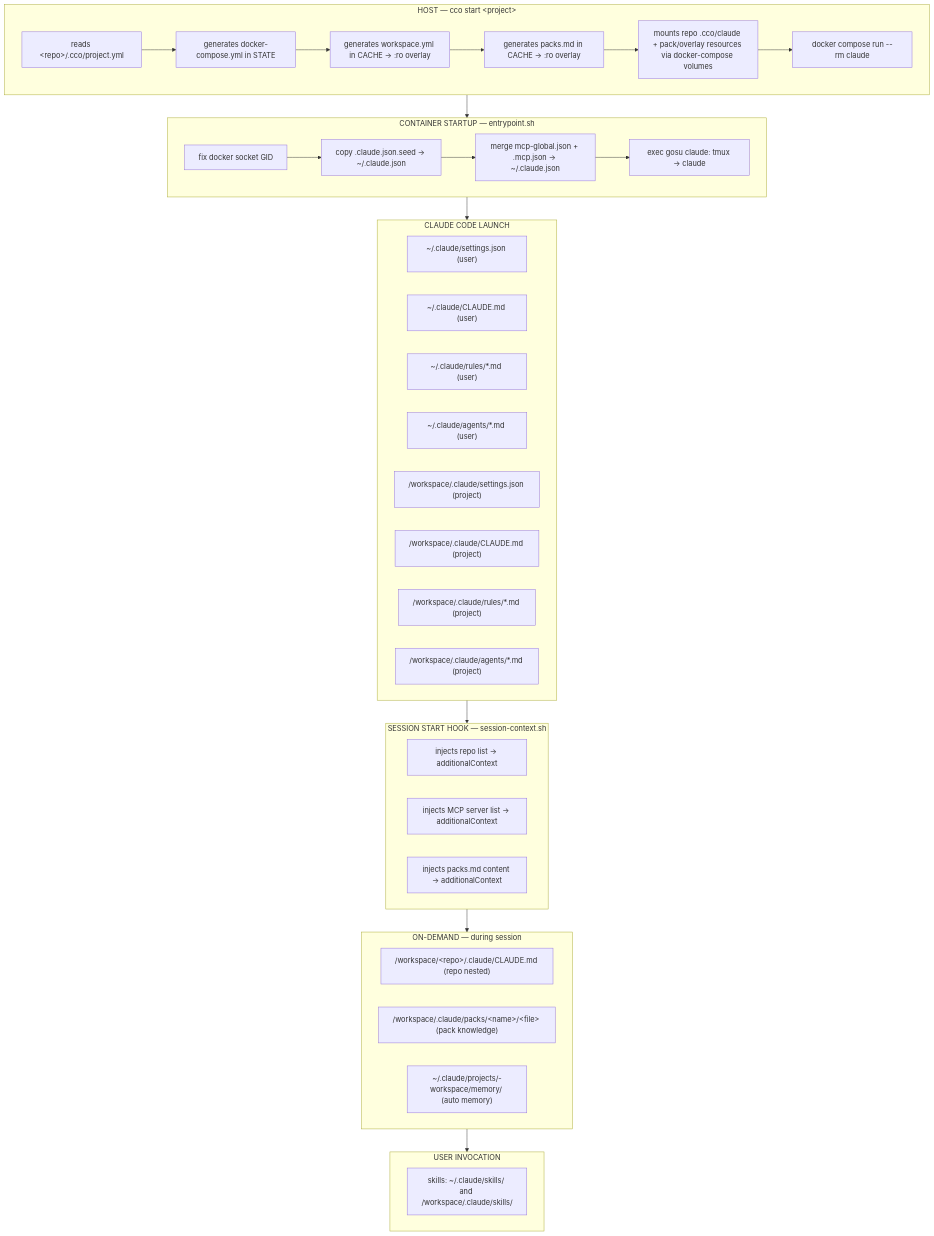
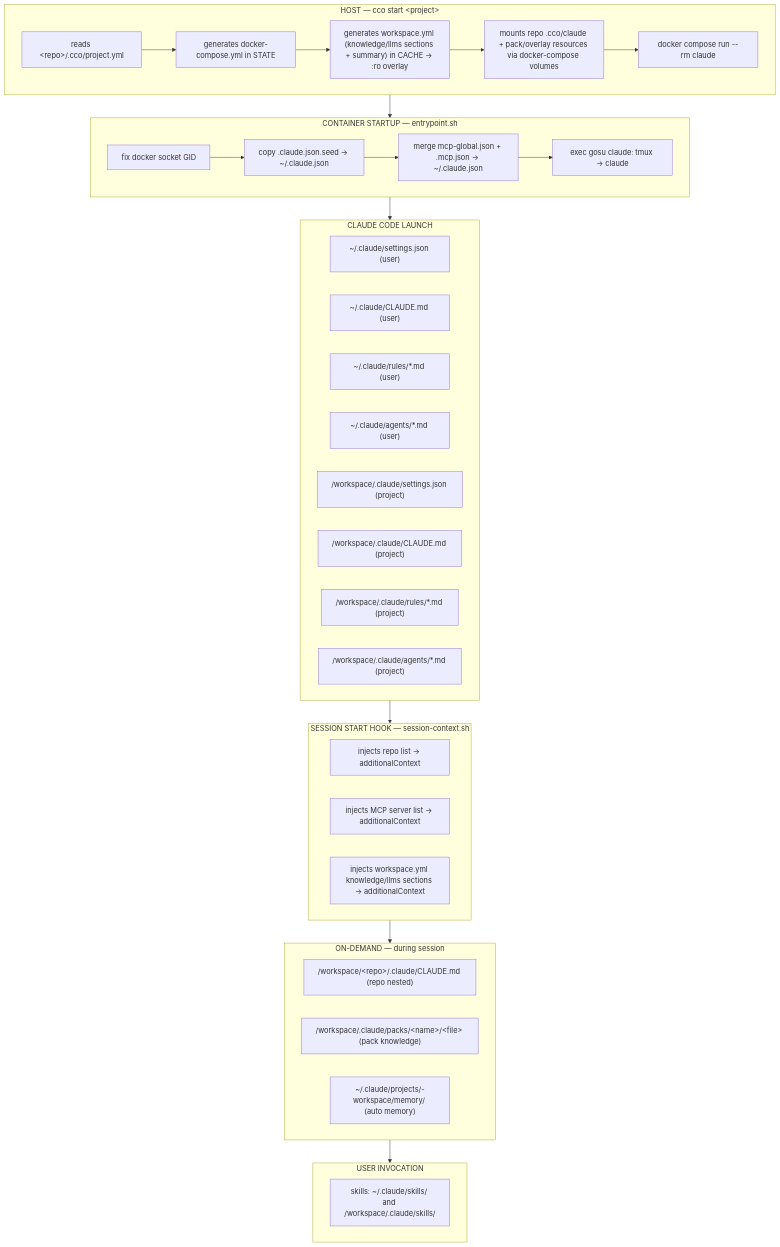
The diagram in docs/users/foundation/reference/context-hierarchy.md (alergyonthestage/claude-orchestrator), drawn with Mermaid before and after one commit. The commit also changed other lines of this file and 18 other files, not shown here.

First line of the commit message:
docs: repoint packs.md → unified workspace.yml surface (ADR-0041 R1)

````diff
--- a/docs/users/foundation/reference/context-hierarchy.md
+++ b/docs/users/foundation/reference/context-hierarchy.md
@@ -740,49 +740,48 @@
 ```mermaid
 graph TD
     subgraph HOST ["HOST — cco start &lt;project&gt;"]
         H1["reads &lt;repo&gt;/.cco/project.yml"]
         H2["generates docker-compose.yml in STATE"]
-        H3["generates workspace.yml in CACHE → :ro overlay"]
-        H4["generates packs.md in CACHE → :ro overlay"]
+        H3["generates workspace.yml (knowledge/llms sections + summary) in CACHE → :ro overlay"]
         H5[mounts repo .cco/claude + pack/overlay resources via docker-compose volumes]
         H6[docker compose run --rm claude]
-        H1 --> H2 --> H3 --> H4 --> H5 --> H6
+        H1 --> H2 --> H3 --> H5 --> H6
     end
 
     subgraph ENTRY ["CONTAINER STARTUP — entrypoint.sh"]
         E1[fix docker socket GID]
         E2[copy .claude.json.seed → ~/.claude.json]
         E3[merge mcp-global.json + .mcp.json → ~/.claude.json]
         E4[exec gosu claude: tmux → claude]
         E1 --> E2 --> E3 --> E4
     end
 
     subgraph LAUNCH ["CLAUDE CODE LAUNCH"]
         L1["~/.claude/settings.json (user)"]
         L2["~/.claude/CLAUDE.md (user)"]
         L3["~/.claude/rules/*.md (user)"]
         L4["~/.claude/agents/*.md (user)"]
         L5["/workspace/.claude/settings.json (project)"]
         L6["/workspace/.claude/CLAUDE.md (project)"]
         L7["/workspace/.claude/rules/*.md (project)"]
         L8["/workspace/.claude/agents/*.md (project)"]
     end
 
     subgraph HOOK ["SESSION START HOOK — session-context.sh"]
         K1[injects repo list → additionalContext]
         K2[injects MCP server list → additionalContext]
-        K3[injects packs.md content → additionalContext]
+        K3[injects workspace.yml knowledge/llms sections → additionalContext]
     end
 
     subgraph DEMAND ["ON-DEMAND — during session"]
         D1["/workspace/&lt;repo&gt;/.claude/CLAUDE.md (repo nested)"]
         D2["/workspace/.claude/packs/&lt;name&gt;/&lt;file&gt; (pack knowledge)"]
         D3["~/.claude/projects/-workspace/memory/ (auto memory)"]
     end
 
     subgraph USER ["USER INVOCATION"]
         U1["skills: ~/.claude/skills/ and /workspace/.claude/skills/"]
     end
 
     HOST --> ENTRY --> LAUNCH --> HOOK --> DEMAND --> USER
 ```
````
